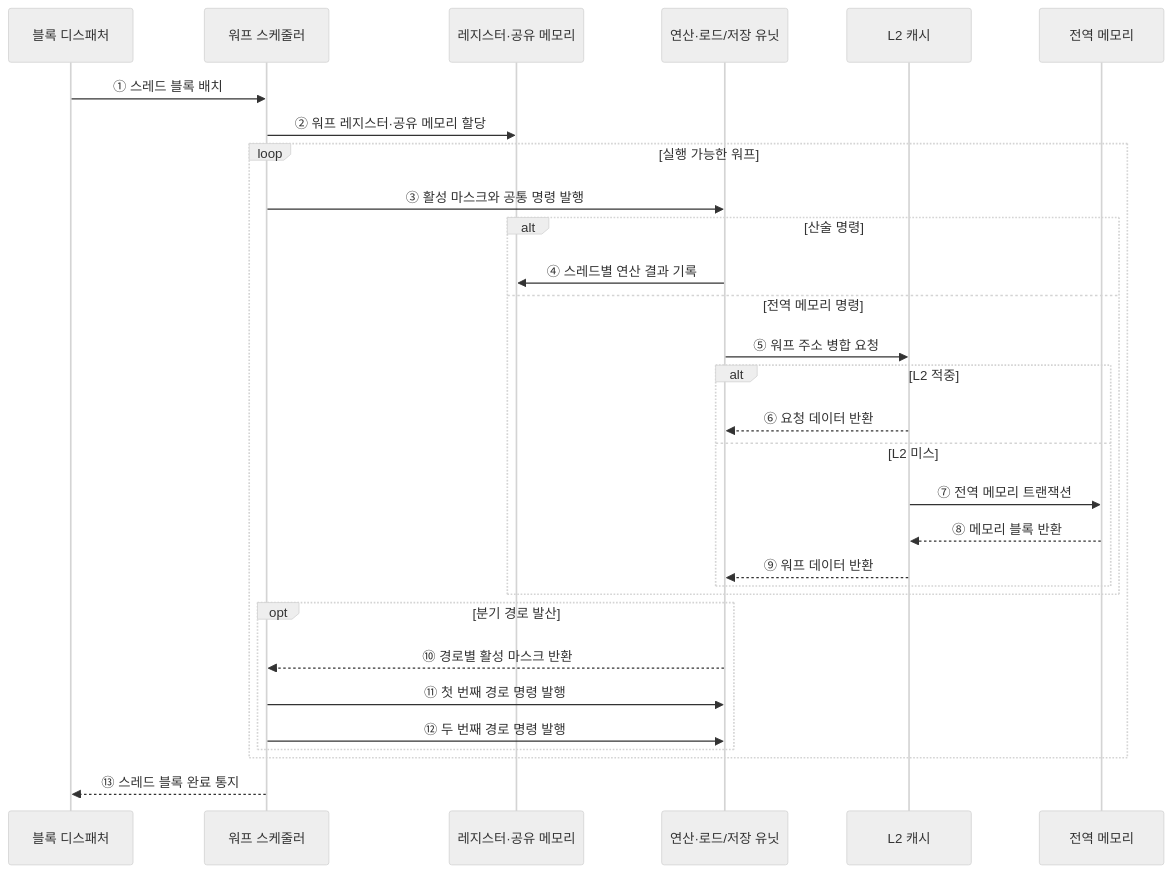
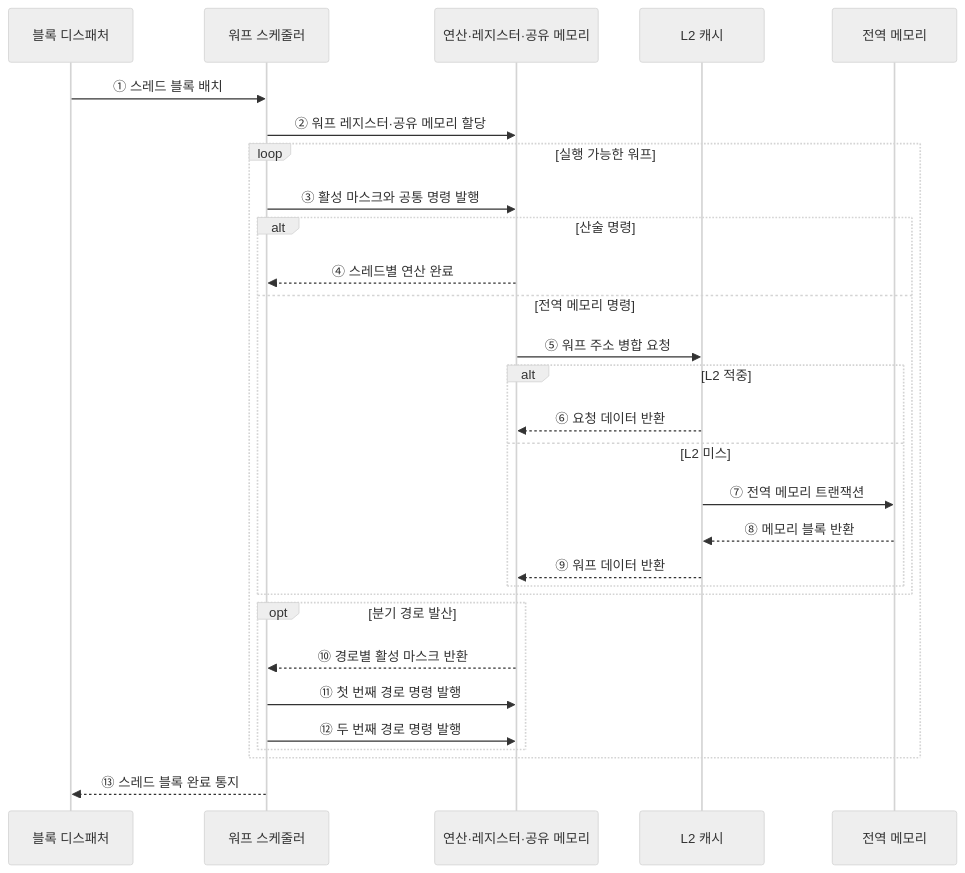
The second of 2 diagrams in src/content/docs/notes/02-hardware/041_gpu_simt.md (agnusdei1207/knowledge-base), drawn with Mermaid (neutral theme) before and after one commit. The commit also changed other lines of this file and 20 other files, not shown here.

````diff
--- a/src/content/docs/notes/02-hardware/041_gpu_simt.md
+++ b/src/content/docs/notes/02-hardware/041_gpu_simt.md
@@ -89,33 +80,32 @@
 ```mermaid
 sequenceDiagram
     participant D as 블록 디스패처
     participant W as 워프 스케줄러
-    participant R as 레지스터·공유 메모리
-    participant E as 연산·로드/저장 유닛
+    participant E as 연산·레지스터·공유 메모리
     participant L as L2 캐시
     participant G as 전역 메모리
 
     D->>W: ① 스레드 블록 배치
-    W->>R: ② 워프 레지스터·공유 메모리 할당
+    W->>E: ② 워프 레지스터·공유 메모리 할당
     loop 실행 가능한 워프
         W->>E: ③ 활성 마스크와 공통 명령 발행
         alt 산술 명령
-            E->>R: ④ 스레드별 연산 결과 기록
+            E-->>W: ④ 스레드별 연산 완료
         else 전역 메모리 명령
             E->>L: ⑤ 워프 주소 병합 요청
             alt L2 적중
                 L-->>E: ⑥ 요청 데이터 반환
             else L2 미스
                 L->>G: ⑦ 전역 메모리 트랜잭션
                 G-->>L: ⑧ 메모리 블록 반환
                 L-->>E: ⑨ 워프 데이터 반환
             end
         end
         opt 분기 경로 발산
             E-->>W: ⑩ 경로별 활성 마스크 반환
             W->>E: ⑪ 첫 번째 경로 명령 발행
             W->>E: ⑫ 두 번째 경로 명령 발행
         end
     end
     W-->>D: ⑬ 스레드 블록 완료 통지
 ```
````
